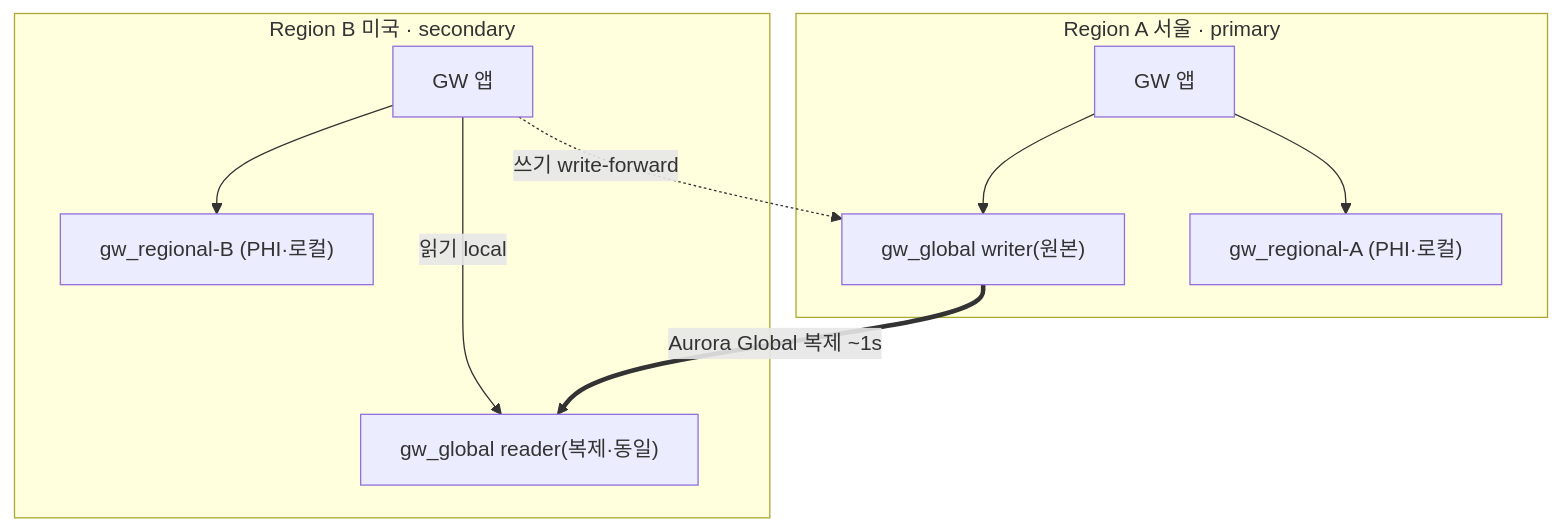
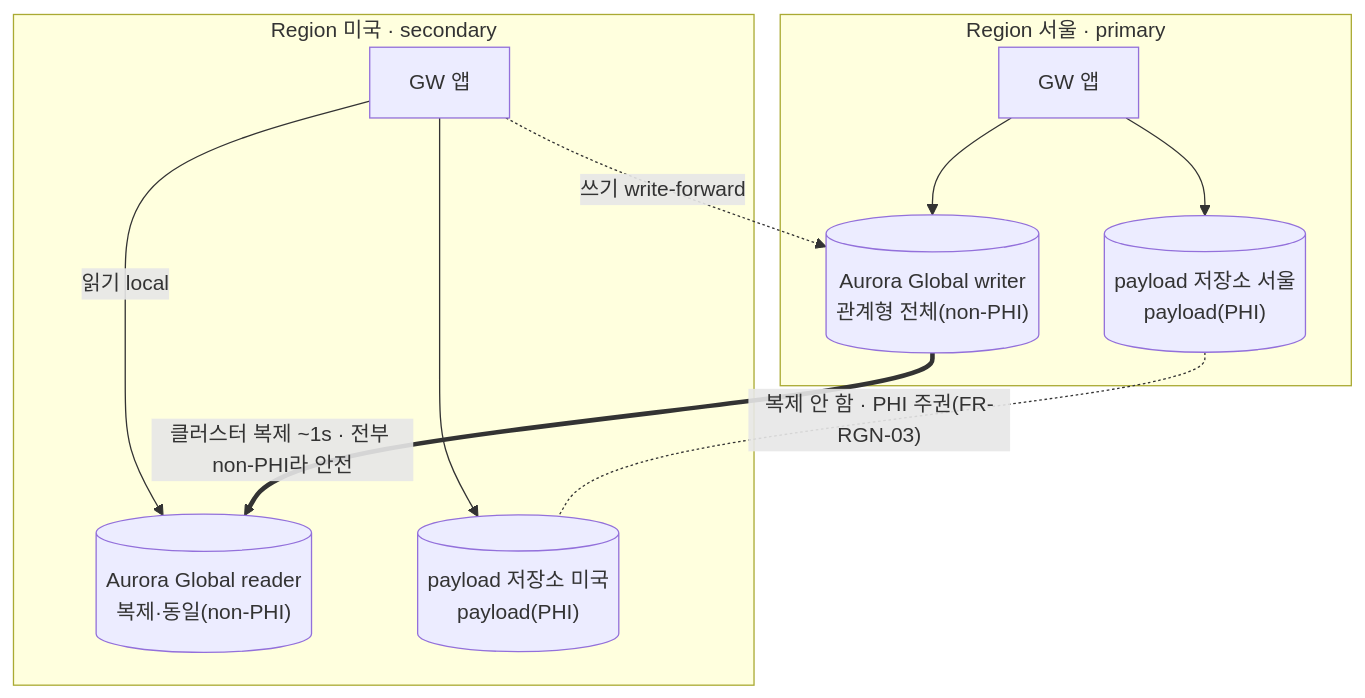
One commit to gracegyu/scp-architecture changed the second of 3 diagrams in docs/VT_API_Gateway/08.VT_API_Gateway/VT-API-Gateway 7-30 GW 저장소 전역일관 vs 리전분리 결정.md. Above: the diagram before and after it, drawn with Mermaid. The commit also changed other lines of this file and 1 other file, not shown here.

First line of the commit message:
docs(주간회의): GW 저장소 DB 선택 결정 문서 업데이트

````diff
--- a/docs/VT_API_Gateway/08.VT_API_Gateway/VT-API-Gateway 7-30 GW 저장소 전역일관 vs 리전분리 결정.md
+++ b/docs/VT_API_Gateway/08.VT_API_Gateway/VT-API-Gateway 7-30 GW 저장소 전역일관 vs 리전분리 결정.md
@@ -150,19 +160,20 @@
 ```mermaid
 flowchart TB
-  subgraph A["Region A 서울 · primary"]
+  subgraph A["Region 서울 · primary"]
     APPA["GW 앱"]
-    GA["gw_global writer(원본)"]
-    RA["gw_regional-A (PHI·로컬)"]
-    APPA --> GA
-    APPA --> RA
+    AURA[("Aurora Global writer<br/>관계형 전체(non-PHI)")]
+    OBJA[("payload 저장소 서울<br/>payload(PHI)")]
+    APPA --> AURA
+    APPA --> OBJA
   end
-  subgraph B["Region B 미국 · secondary"]
+  subgraph B["Region 미국 · secondary"]
     APPB["GW 앱"]
-    GB["gw_global reader(복제·동일)"]
-    RB["gw_regional-B (PHI·로컬)"]
-    APPB -->|"읽기 local"| GB
-    APPB -.->|"쓰기 write-forward"| GA
-    APPB --> RB
+    AURB[("Aurora Global reader<br/>복제·동일(non-PHI)")]
+    OBJB[("payload 저장소 미국<br/>payload(PHI)")]
+    APPB -->|"읽기 local"| AURB
+    APPB -.->|"쓰기 write-forward"| AURA
+    APPB --> OBJB
   end
-  GA ==>|"Aurora Global 복제 ~1s"| GB
+  AURA ==>|"클러스터 복제 ~1s · 전부 non-PHI라 안전"| AURB
+  OBJA -. "복제 안 함 · PHI 주권(FR-RGN-03)" .- OBJB
 ```
````
